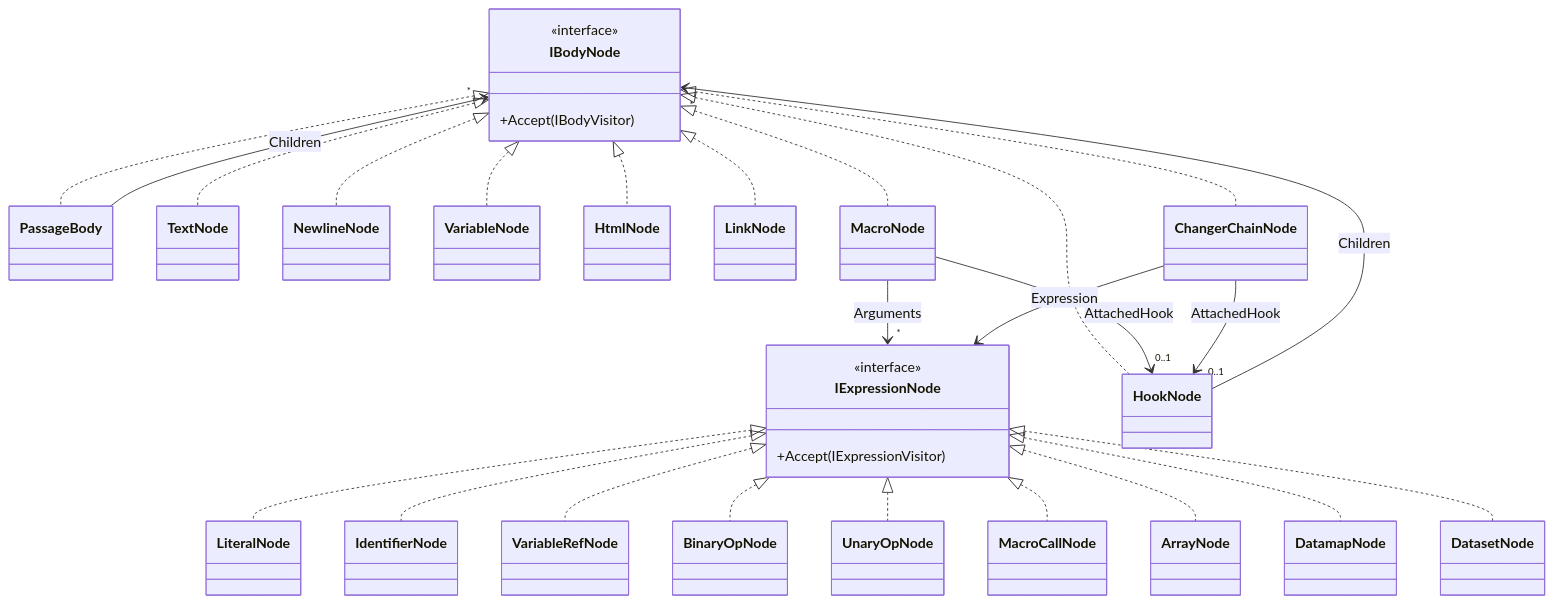
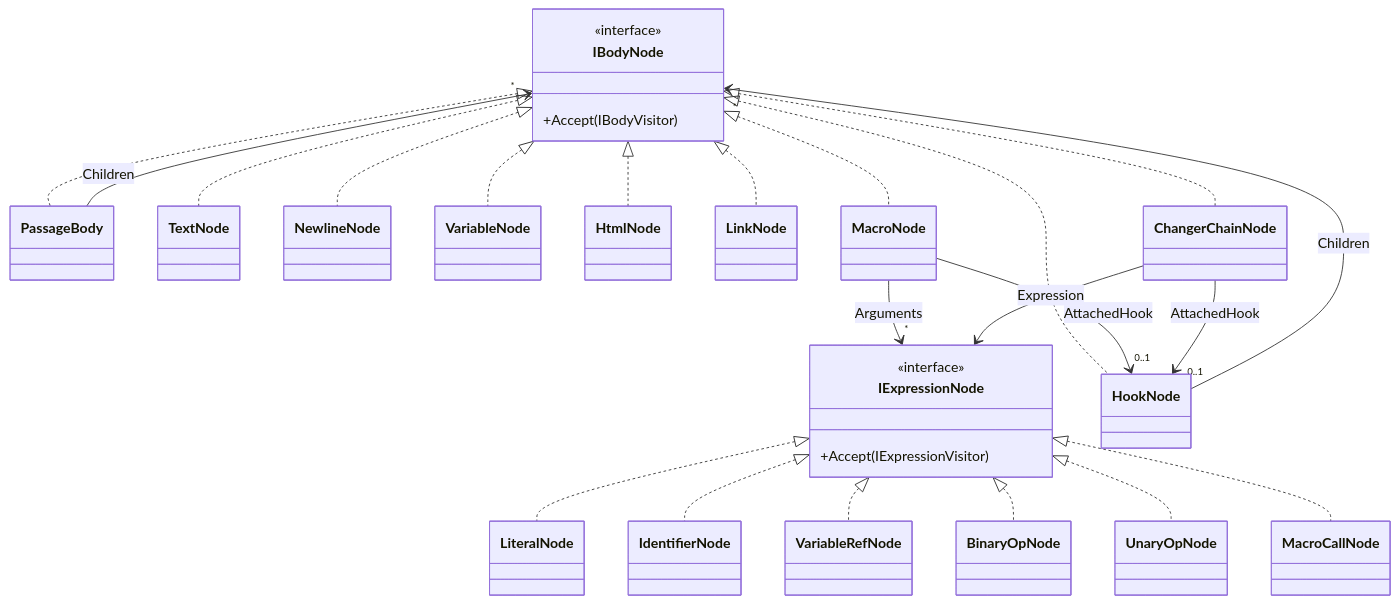
One commit to RaheelYawar/twinelike changed the third of 6 diagrams in ARCHITECTURE.md. Above: the diagram before and after it, drawn with Mermaid. The commit also changed other lines of this file and 11 other files, not shown here.

Commit message:
Remove unused AST nodes (`ArrayNode`, `DatamapNode`, `DatasetNode`) and related visitor logic. Simplify markup rendering, expression evaluation, and architecture docs accordingly.

````diff
--- a/ARCHITECTURE.md
+++ b/ARCHITECTURE.md
@@ -174,38 +174,35 @@
 ```mermaid
 classDiagram
   class IBodyNode {
     <<interface>>
     +Accept(IBodyVisitor)
   }
   class IExpressionNode {
     <<interface>>
     +Accept(IExpressionVisitor)
   }
 
   IBodyNode <|.. PassageBody
   IBodyNode <|.. TextNode
   IBodyNode <|.. NewlineNode
   IBodyNode <|.. VariableNode
   IBodyNode <|.. HtmlNode
   IBodyNode <|.. HookNode
   IBodyNode <|.. LinkNode
   IBodyNode <|.. MacroNode
   IBodyNode <|.. ChangerChainNode
 
   IExpressionNode <|.. LiteralNode
   IExpressionNode <|.. IdentifierNode
   IExpressionNode <|.. VariableRefNode
   IExpressionNode <|.. BinaryOpNode
   IExpressionNode <|.. UnaryOpNode
   IExpressionNode <|.. MacroCallNode
-  IExpressionNode <|.. ArrayNode
-  IExpressionNode <|.. DatamapNode
-  IExpressionNode <|.. DatasetNode
 
   MacroNode --> "*" IExpressionNode : Arguments
   MacroNode --> "0..1" HookNode : AttachedHook
   ChangerChainNode --> IExpressionNode : Expression
   ChangerChainNode --> "0..1" HookNode : AttachedHook
   HookNode --> "*" IBodyNode : Children
   PassageBody --> "*" IBodyNode : Children
 ```
````
